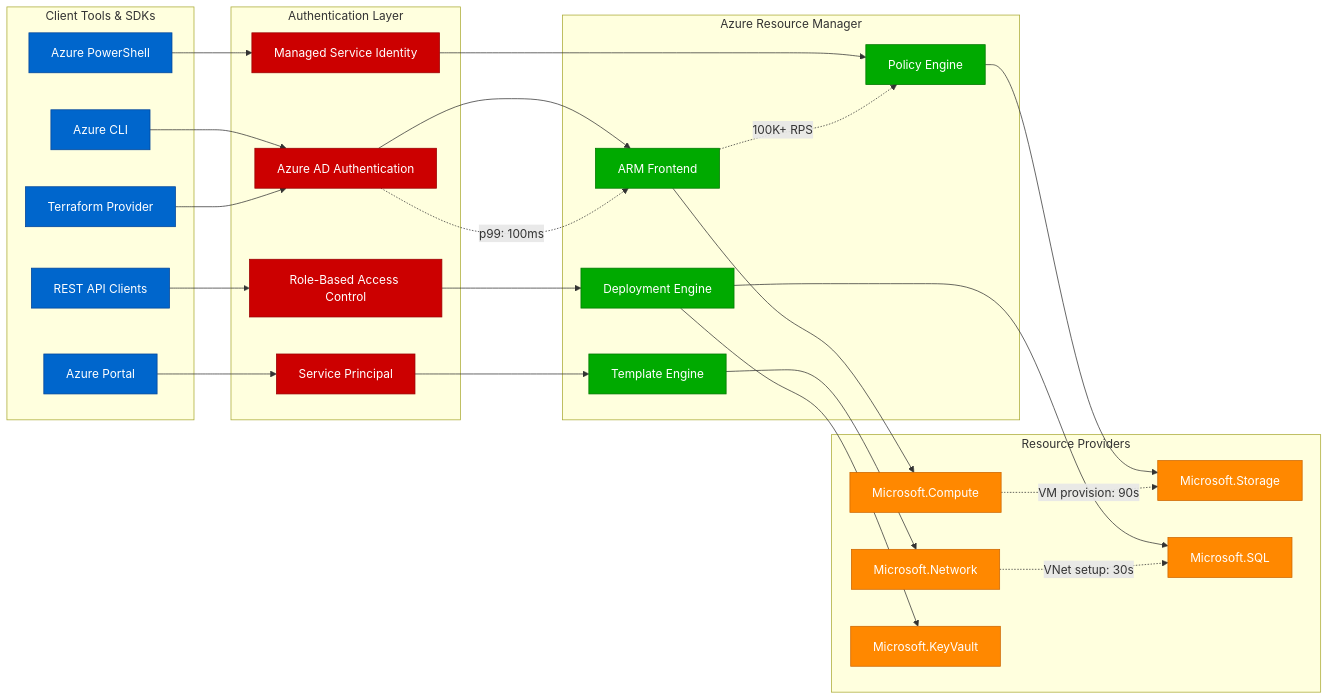
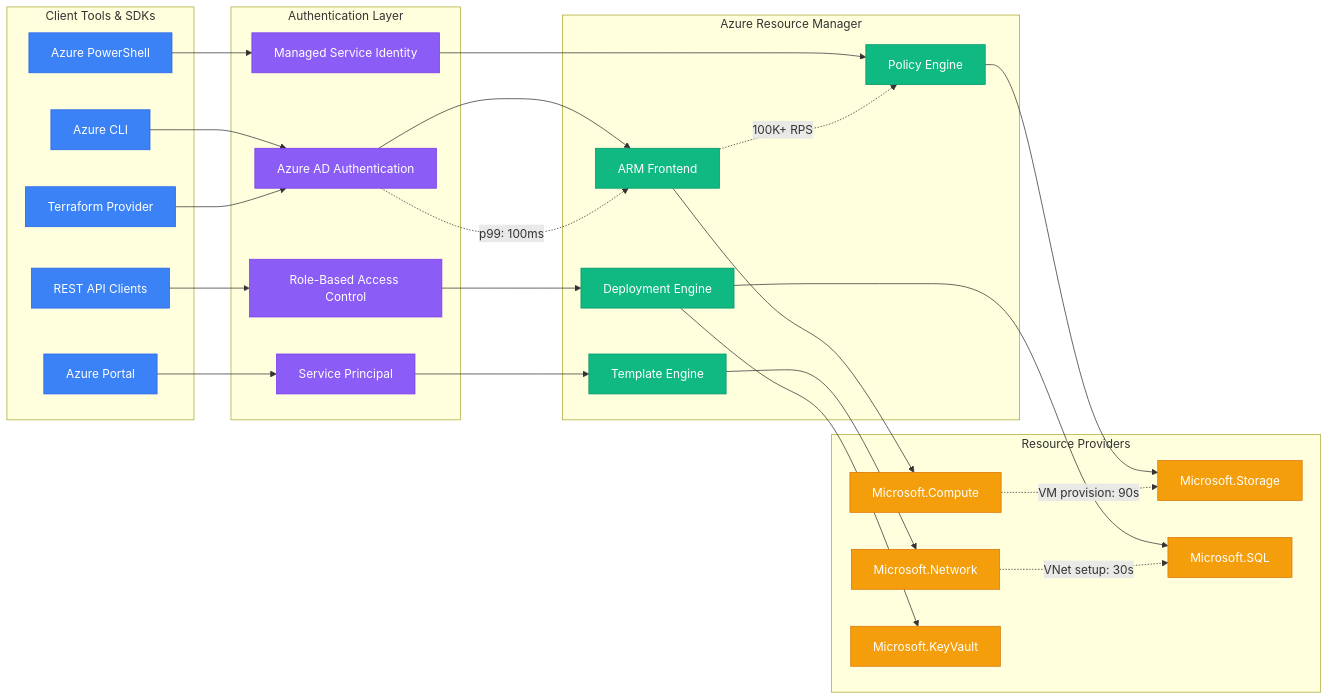
The third of 8 diagrams in site/docs/systems/microsoft/request-flow.md (deepaucksharma/DS), drawn with Mermaid before and after one commit. The commit also changed other lines of this file and 303 other files, not shown here.

````diff
--- a/site/docs/systems/microsoft/request-flow.md
+++ b/site/docs/systems/microsoft/request-flow.md
@@ -127,68 +127,68 @@
 ```mermaid
 graph LR
     subgraph ClientTools[Client Tools & SDKs]
         AZURE_CLI[Azure CLI]
         POWERSHELL[Azure PowerShell]
         PORTAL[Azure Portal]
         REST_API[REST API Clients]
         TERRAFORM[Terraform Provider]
     end
 
     subgraph Authentication[Authentication Layer]
         AAD_AUTH[Azure AD Authentication]
         MSI[Managed Service Identity]
         SPN[Service Principal]
         RBAC[Role-Based Access Control]
     end
 
     subgraph ResourceManager[Azure Resource Manager]
         ARM_FRONTEND[ARM Frontend]
         POLICY_ENGINE[Policy Engine]
         TEMPLATE_ENGINE[Template Engine]
         DEPLOYMENT_ENGINE[Deployment Engine]
     end
 
     subgraph ResourceProviders[Resource Providers]
         COMPUTE_RP[Microsoft.Compute]
         STORAGE_RP[Microsoft.Storage]
         NETWORK_RP[Microsoft.Network]
         SQL_RP[Microsoft.SQL]
         KEYVAULT_RP[Microsoft.KeyVault]
     end
 
     %% Client authentication
     AZURE_CLI --> AAD_AUTH
     POWERSHELL --> MSI
     PORTAL --> SPN
     REST_API --> RBAC
     TERRAFORM --> AAD_AUTH
 
     %% ARM processing
     AAD_AUTH --> ARM_FRONTEND
     MSI --> POLICY_ENGINE
     SPN --> TEMPLATE_ENGINE
     RBAC --> DEPLOYMENT_ENGINE
 
     %% Resource provisioning
     ARM_FRONTEND --> COMPUTE_RP
     POLICY_ENGINE --> STORAGE_RP
     TEMPLATE_ENGINE --> NETWORK_RP
     DEPLOYMENT_ENGINE --> SQL_RP
     DEPLOYMENT_ENGINE --> KEYVAULT_RP
 
     %% Performance metrics
     AAD_AUTH -.->|"p99: 100ms"| ARM_FRONTEND
     ARM_FRONTEND -.->|"100K+ RPS"| POLICY_ENGINE
     COMPUTE_RP -.->|"VM provision: 90s"| STORAGE_RP
     NETWORK_RP -.->|"VNet setup: 30s"| SQL_RP
 
-    classDef clientStyle fill:#0066CC,stroke:#004499,color:#fff
-    classDef authStyle fill:#CC0000,stroke:#990000,color:#fff
-    classDef armStyle fill:#00AA00,stroke:#007700,color:#fff
-    classDef rpStyle fill:#FF8800,stroke:#CC6600,color:#fff
+    classDef clientStyle fill:#3B82F6,stroke:#2563EB,color:#fff
+    classDef authStyle fill:#8B5CF6,stroke:#7C3AED,color:#fff
+    classDef armStyle fill:#10B981,stroke:#059669,color:#fff
+    classDef rpStyle fill:#F59E0B,stroke:#D97706,color:#fff
 
     class AZURE_CLI,POWERSHELL,PORTAL,REST_API,TERRAFORM clientStyle
     class AAD_AUTH,MSI,SPN,RBAC authStyle
     class ARM_FRONTEND,POLICY_ENGINE,TEMPLATE_ENGINE,DEPLOYMENT_ENGINE armStyle
     class COMPUTE_RP,STORAGE_RP,NETWORK_RP,SQL_RP,KEYVAULT_RP rpStyle
 ```
````
